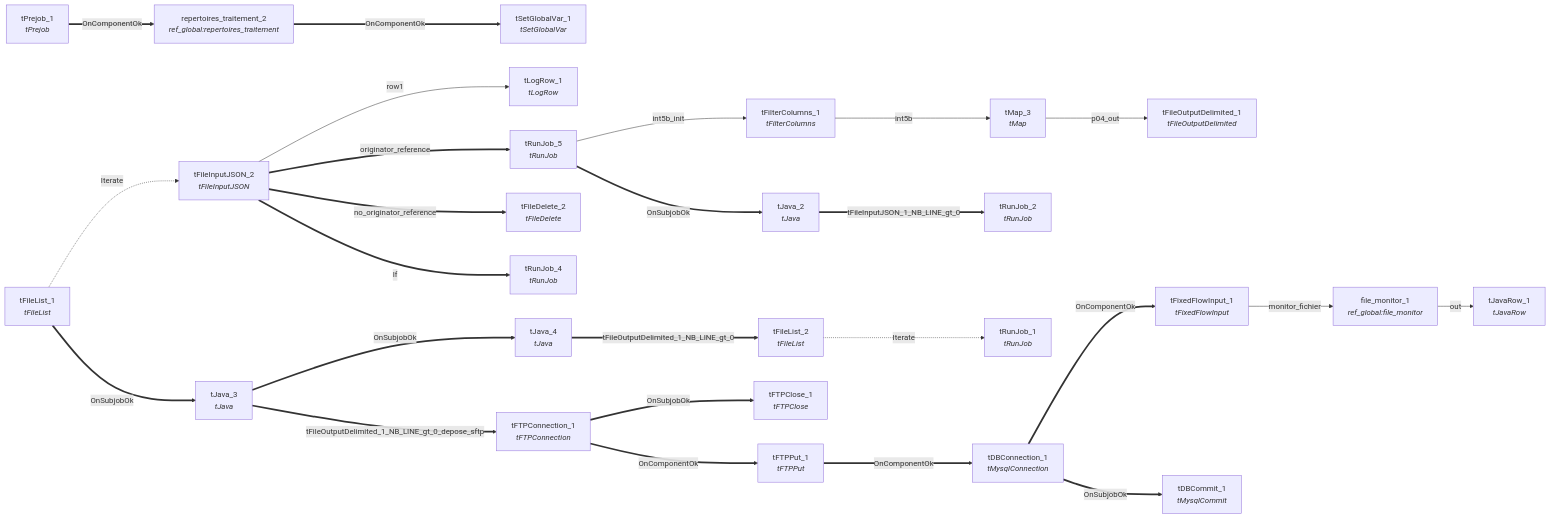
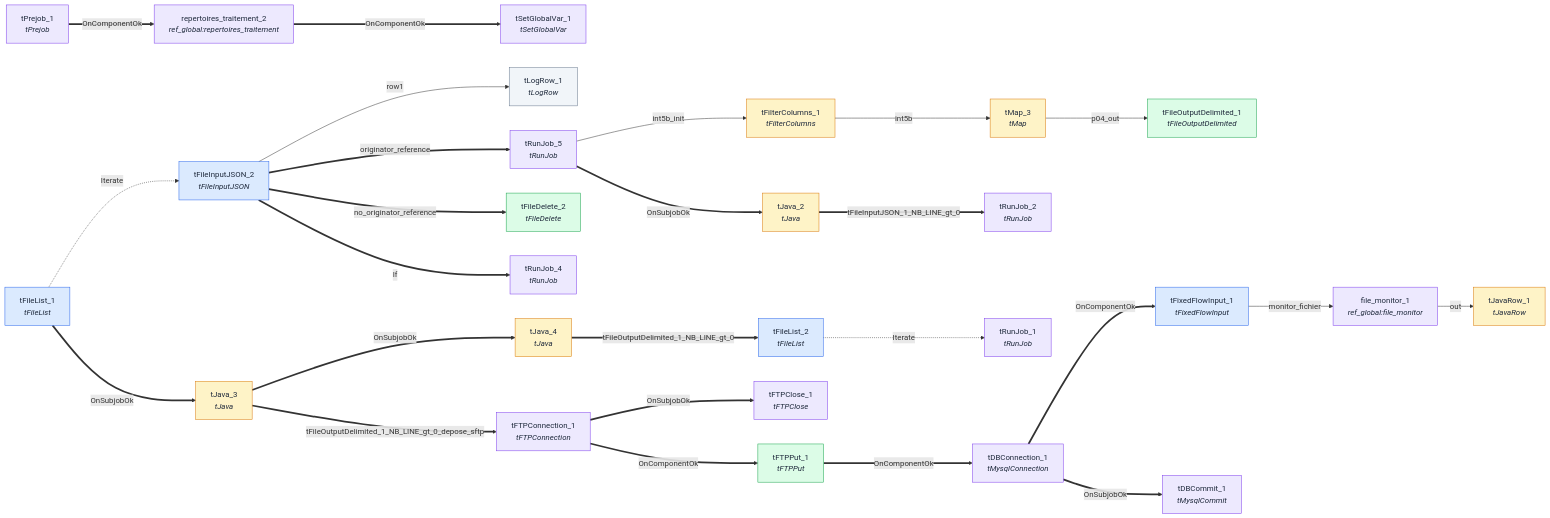
The diagram in docs/jobs/reflex-file-movex-sftp-kanban-p04.md (cocop10/test-talend-docs), drawn with Mermaid before and after one commit. The commit also changed 19 other files, not shown here.

````diff
--- a/docs/jobs/reflex-file-movex-sftp-kanban-p04.md
+++ b/docs/jobs/reflex-file-movex-sftp-kanban-p04.md
@@ -25,53 +25,63 @@
 ```mermaid
 flowchart LR
     tPrejob_1["tPrejob_1<br/><i>tPrejob</i>"]
     repertoires_traitement_2["repertoires_traitement_2<br/><i>ref_global:repertoires_traitement</i>"]
     tSetGlobalVar_1["tSetGlobalVar_1<br/><i>tSetGlobalVar</i>"]
     tFTPConnection_1["tFTPConnection_1<br/><i>tFTPConnection</i>"]
     tJava_3["tJava_3<br/><i>tJava</i>"]
     tFTPClose_1["tFTPClose_1<br/><i>tFTPClose</i>"]
     tFTPPut_1["tFTPPut_1<br/><i>tFTPPut</i>"]
     tJava_4["tJava_4<br/><i>tJava</i>"]
     tFileList_2["tFileList_2<br/><i>tFileList</i>"]
     tRunJob_1["tRunJob_1<br/><i>tRunJob</i>"]
     tRunJob_2["tRunJob_2<br/><i>tRunJob</i>"]
     tFileList_1["tFileList_1<br/><i>tFileList</i>"]
     tFileInputJSON_2["tFileInputJSON_2<br/><i>tFileInputJSON</i>"]
     tLogRow_1["tLogRow_1<br/><i>tLogRow</i>"]
     tFileDelete_2["tFileDelete_2<br/><i>tFileDelete</i>"]
     tRunJob_4["tRunJob_4<br/><i>tRunJob</i>"]
     tRunJob_5["tRunJob_5<br/><i>tRunJob</i>"]
     tFilterColumns_1["tFilterColumns_1<br/><i>tFilterColumns</i>"]
     tMap_3["tMap_3<br/><i>tMap</i>"]
     tFileOutputDelimited_1["tFileOutputDelimited_1<br/><i>tFileOutputDelimited</i>"]
     tJava_2["tJava_2<br/><i>tJava</i>"]
     tDBConnection_1["tDBConnection_1<br/><i>tMysqlConnection</i>"]
     tDBCommit_1["tDBCommit_1<br/><i>tMysqlCommit</i>"]
     tFixedFlowInput_1["tFixedFlowInput_1<br/><i>tFixedFlowInput</i>"]
     file_monitor_1["file_monitor_1<br/><i>ref_global:file_monitor</i>"]
     tJavaRow_1["tJavaRow_1<br/><i>tJavaRow</i>"]
     tPrejob_1 ==>|OnComponentOk| repertoires_traitement_2
     repertoires_traitement_2 ==>|OnComponentOk| tSetGlobalVar_1
     tFTPConnection_1 ==>|OnSubjobOk| tFTPClose_1
     tFTPConnection_1 ==>|OnComponentOk| tFTPPut_1
     tJava_3 ==>|OnSubjobOk| tJava_4
     tJava_3 ==>|tFileOutputDelimited_1_NB_LINE_gt_0_depose_sftp| tFTPConnection_1
     tFTPPut_1 ==>|OnComponentOk| tDBConnection_1
     tJava_4 ==>|tFileOutputDelimited_1_NB_LINE_gt_0| tFileList_2
     tFileList_2 -.->|Iterate| tRunJob_1
     tFileList_1 -.->|Iterate| tFileInputJSON_2
     tFileList_1 ==>|OnSubjobOk| tJava_3
     tFileInputJSON_2 -->|row1| tLogRow_1
     tFileInputJSON_2 ==>|originator_reference| tRunJob_5
     tFileInputJSON_2 ==>|no_originator_reference| tFileDelete_2
     tFileInputJSON_2 ==>|If| tRunJob_4
     tRunJob_5 -->|int5b_init| tFilterColumns_1
     tRunJob_5 ==>|OnSubjobOk| tJava_2
     tFilterColumns_1 -->|int5b| tMap_3
     tMap_3 -->|p04_out| tFileOutputDelimited_1
     tJava_2 ==>|tFileInputJSON_1_NB_LINE_gt_0| tRunJob_2
     tDBConnection_1 ==>|OnComponentOk| tFixedFlowInput_1
     tDBConnection_1 ==>|OnSubjobOk| tDBCommit_1
     tFixedFlowInput_1 -->|monitor_fichier| file_monitor_1
     file_monitor_1 -->|out| tJavaRow_1
+    classDef orchestration fill:#EDE9FE,stroke:#7C3AED,stroke-width:1px,color:#1e293b;
+    class tPrejob_1,repertoires_traitement_2,tSetGlobalVar_1,tFTPConnection_1,tFTPClose_1,tRunJob_1,tRunJob_2,tRunJob_4,tRunJob_5,tDBConnection_1,tDBCommit_1,file_monitor_1 orchestration;
+    classDef transform fill:#FEF3C7,stroke:#D97706,stroke-width:1px,color:#1e293b;
+    class tJava_3,tJava_4,tFilterColumns_1,tMap_3,tJava_2,tJavaRow_1 transform;
+    classDef target fill:#DCFCE7,stroke:#16A34A,stroke-width:1px,color:#1e293b;
+    class tFTPPut_1,tFileDelete_2,tFileOutputDelimited_1 target;
+    classDef source fill:#DBEAFE,stroke:#2563EB,stroke-width:1px,color:#1e293b;
+    class tFileList_2,tFileList_1,tFileInputJSON_2,tFixedFlowInput_1 source;
+    classDef other fill:#F1F5F9,stroke:#64748B,stroke-width:1px,color:#1e293b;
+    class tLogRow_1 other;
 ```
````
